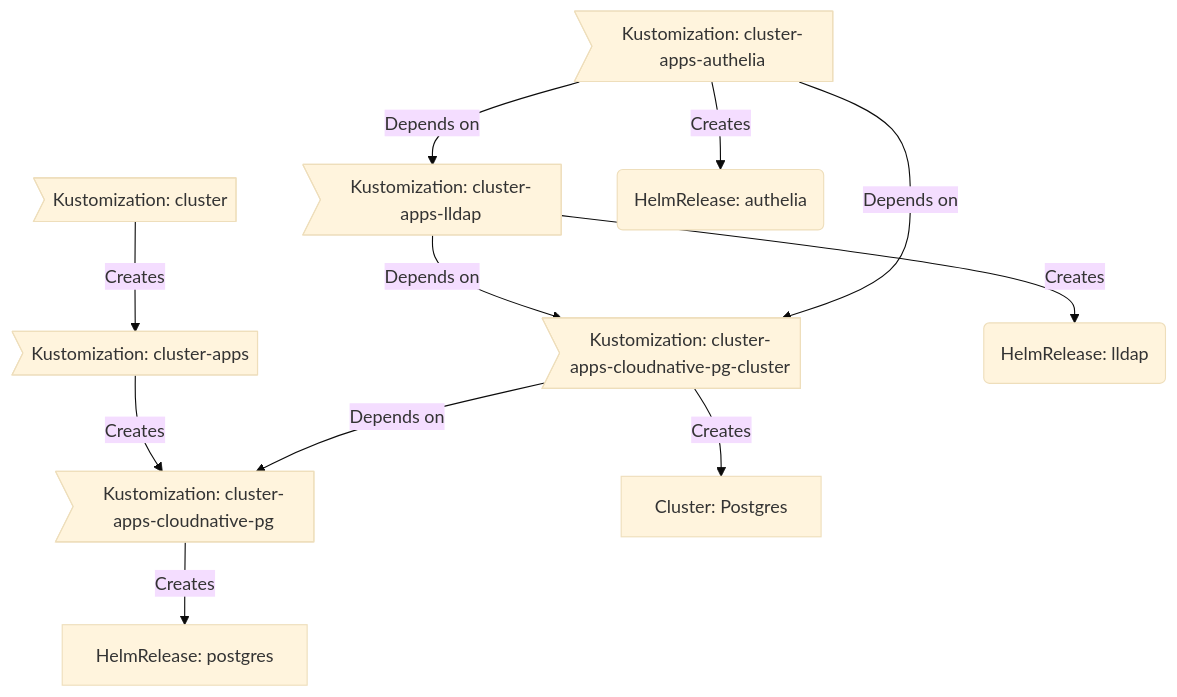
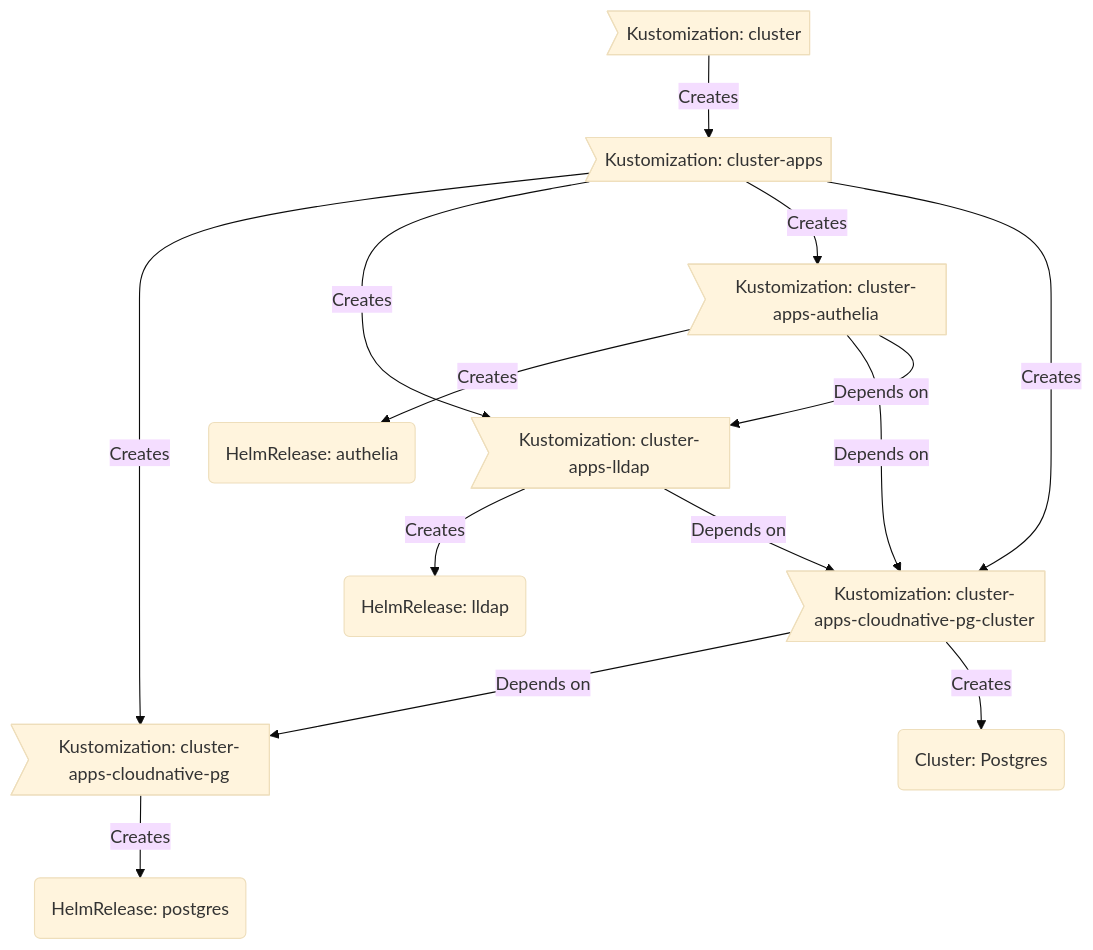
One commit to buroa/k8s-gitops changed the diagram in README.md. Above: the diagram before and after it, drawn with Mermaid (base theme). The commit also changed other lines of this file, not shown here.

````diff
--- a/README.md
+++ b/README.md
@@ -78,13 +78,16 @@
 ```mermaid
 graph TD;
   id1>Kustomization: cluster] --> |Creates| id2>Kustomization: cluster-apps];
   id2>Kustomization: cluster-apps] --> |Creates| id3>Kustomization: cluster-apps-cloudnative-pg];
-  id3 --> |Creates| id4[HelmRelease: postgres];
-  id5>Kustomization: cluster-apps-cloudnative-pg-cluster] --> |Depends on| id3;
-  id5 --> |Creates| id10[Cluster: Postgres];
-  id6>Kustomization: cluster-apps-lldap] --> |Creates| id7(HelmRelease: lldap);
+  id2>Kustomization: cluster-apps] --> |Creates| id6>Kustomization: cluster-apps-lldap]
+  id2>Kustomization: cluster-apps] --> |Creates| id8>Kustomization: cluster-apps-authelia]
+  id2>Kustomization: cluster-apps] --> |Creates| id5>Kustomization: cluster-apps-cloudnative-pg-cluster]
+  id3 --> |Creates| id4(HelmRelease: postgres);
+  id5 --> |Depends on| id3;
+  id5 --> |Creates| id10(Cluster: Postgres);
+  id6 --> |Creates| id7(HelmRelease: lldap);
   id6 --> |Depends on| id5;
-  id8>Kustomization: cluster-apps-authelia] --> |Creates| id9(HelmRelease: authelia);
+  id8 --> |Creates| id9(HelmRelease: authelia);
   id8 --> |Depends on| id5;
   id8 --> |Depends on| id6;
 ```
````
